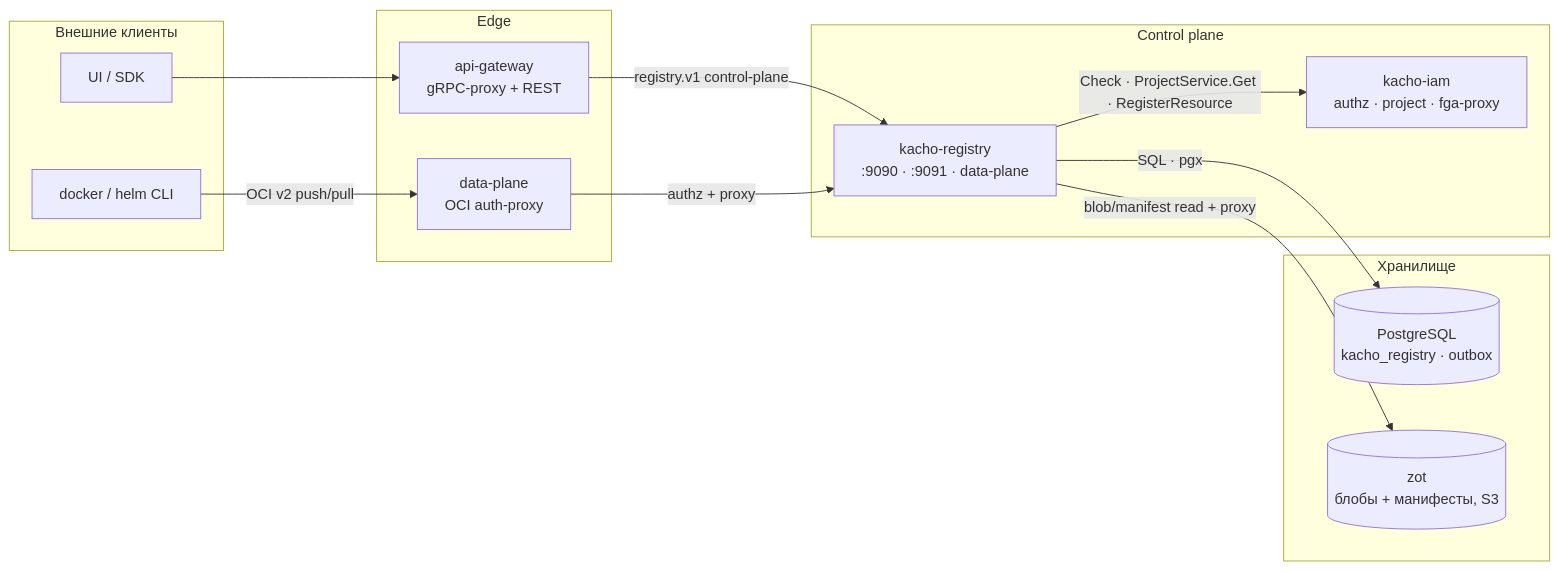
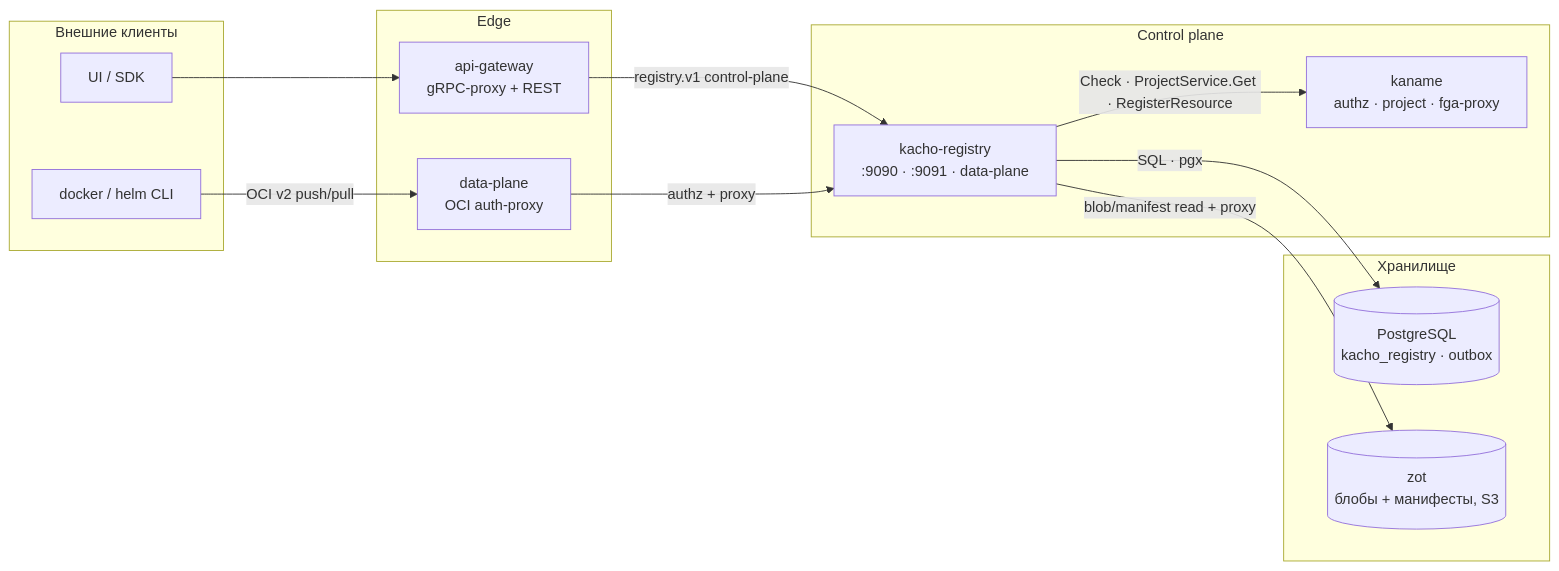
The second of 2 diagrams in services/registry/docs/content/intro.mdx (PRO-Robotech/kacho), drawn with Mermaid before and after one commit. The commit also changed other lines of this file and 5005 other files, not shown here.

````diff
--- a/services/registry/docs/content/intro.mdx
+++ b/services/registry/docs/content/intro.mdx
@@ -120,27 +120,27 @@
 ```mermaid
 flowchart LR
   subgraph ext["Внешние клиенты"]
     docker["docker / helm CLI"]
     ui["UI / SDK"]
   end
   subgraph edge["Edge"]
     agw["api-gateway<br/>gRPC-proxy + REST"]
     dp["data-plane<br/>OCI auth-proxy"]
   end
   subgraph cp["Control plane"]
     reg["kacho-registry<br/>:9090 · :9091 · data-plane"]
-    iam["kacho-iam<br/>authz · project · fga-proxy"]
+    iam["kaname<br/>authz · project · fga-proxy"]
   end
   subgraph store["Хранилище"]
     pg[("PostgreSQL<br/>kacho_registry · outbox")]
     zot[("zot<br/>блобы + манифесты, S3")]
   end
 
   ui --> agw
   agw -->|"registry.v1 control-plane"| reg
   docker -->|"OCI v2 push/pull"| dp
   dp -->|"authz + proxy"| reg
   reg -->|"SQL · pgx"| pg
   reg -->|"blob/manifest read + proxy"| zot
   reg -->|"Check · ProjectService.Get · RegisterResource"| iam
 ```
````
